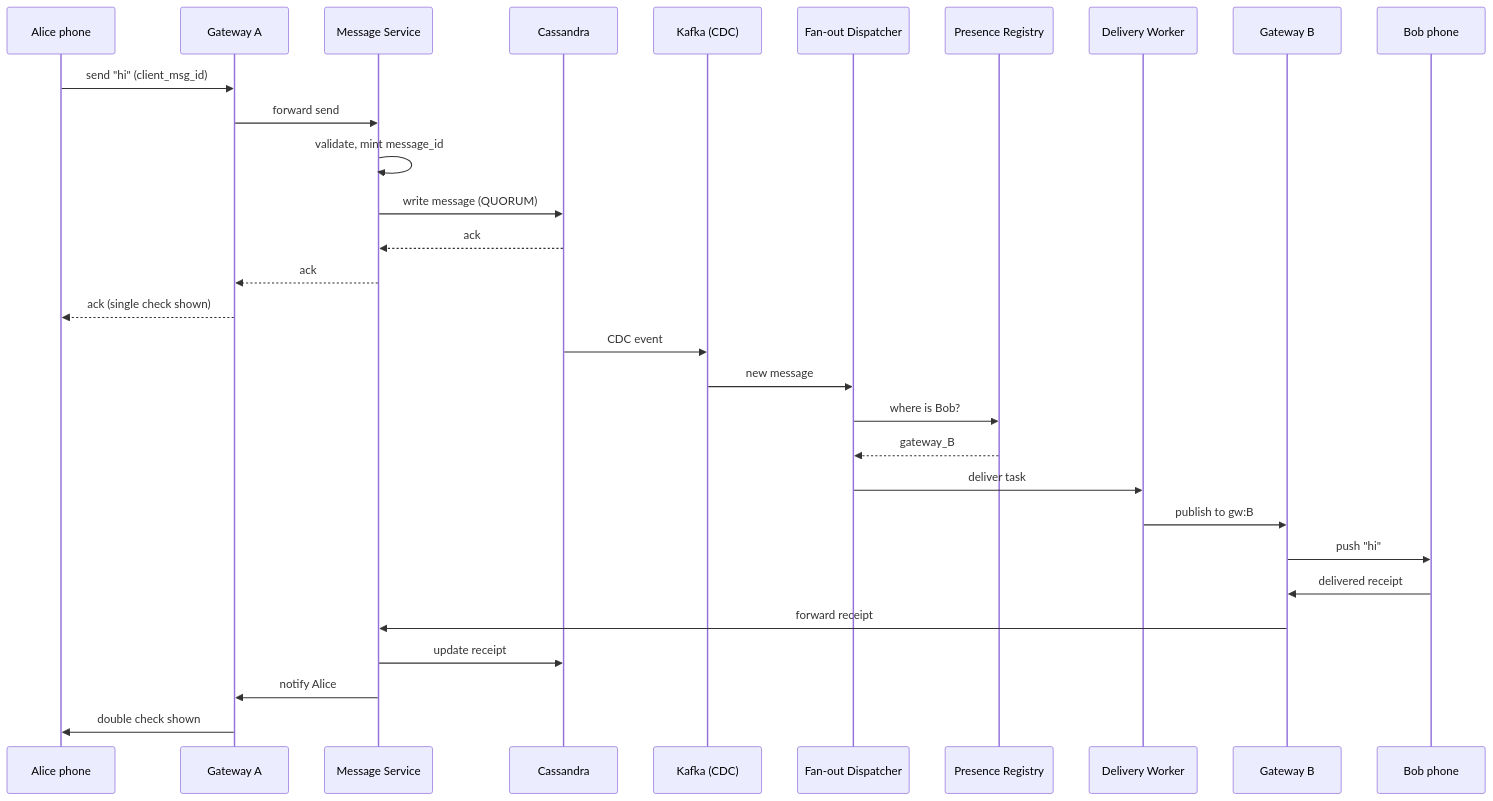
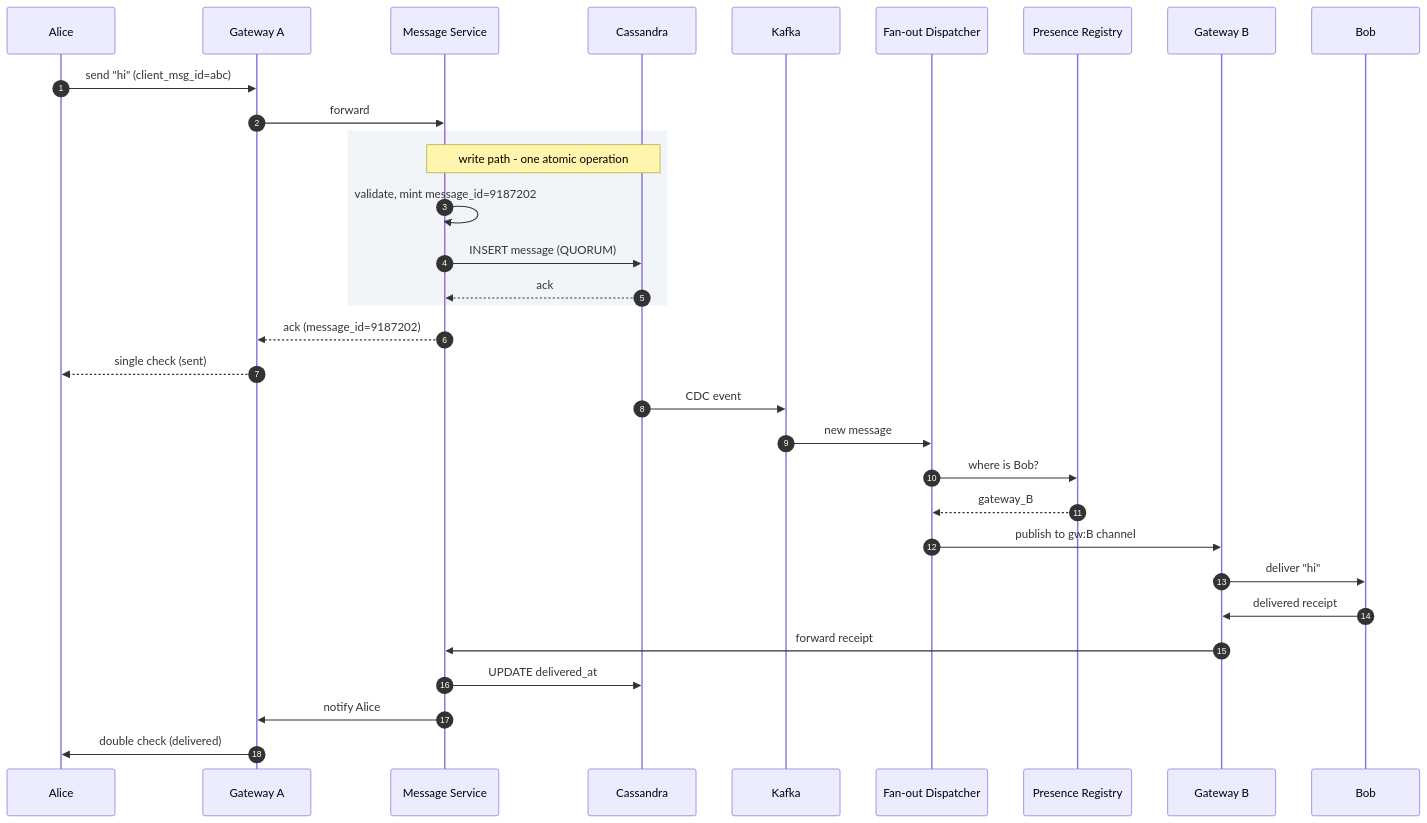
One commit to shiningflash/system-design changed the ninth of 10 diagrams in problems/003-chat-system/question.md. Above: the diagram before and after it, drawn with Mermaid. The commit also changed other lines of this file and 38 other files, not shown here.

````diff
--- a/problems/003-chat-system/question.md
+++ b/problems/003-chat-system/question.md
@@ -250,33 +356,37 @@
 ```mermaid
 sequenceDiagram
-    participant A as Alice phone
+    autonumber
+    participant Alice
     participant GA as Gateway A
     participant MS as Message Service
-    participant DB as Cassandra
-    participant K as Kafka (CDC)
+    participant Cass as Cassandra
+    participant K as Kafka
     participant FD as Fan-out Dispatcher
     participant PR as Presence Registry
-    participant DW as Delivery Worker
     participant GB as Gateway B
-    participant B as Bob phone
+    participant Bob
 
-    A->>GA: send "hi" (client_msg_id)
-    GA->>MS: forward send
-    MS->>MS: validate, mint message_id
-    MS->>DB: write message (QUORUM)
-    DB-->>MS: ack
-    MS-->>GA: ack
-    GA-->>A: ack (single check shown)
-    DB->>K: CDC event
+    Alice->>GA: send "hi" (client_msg_id=abc)
+    GA->>MS: forward
+
+    rect rgb(241, 245, 249)
+        Note over MS,Cass: write path - one atomic operation
+        MS->>MS: validate, mint message_id=9187202
+        MS->>Cass: INSERT message (QUORUM)
+        Cass-->>MS: ack
+    end
+
+    MS-->>GA: ack (message_id=9187202)
+    GA-->>Alice: single check (sent)
+    Cass->>K: CDC event
     K->>FD: new message
     FD->>PR: where is Bob?
     PR-->>FD: gateway_B
-    FD->>DW: deliver task
-    DW->>GB: publish to gw:B
-    GB->>B: push "hi"
-    B->>GB: delivered receipt
+    FD->>GB: publish to gw:B channel
+    GB->>Bob: deliver "hi"
+    Bob->>GB: delivered receipt
     GB->>MS: forward receipt
-    MS->>DB: update receipt
+    MS->>Cass: UPDATE delivered_at
     MS->>GA: notify Alice
-    GA->>A: double check shown
+    GA->>Alice: double check (delivered)
 ```
````
